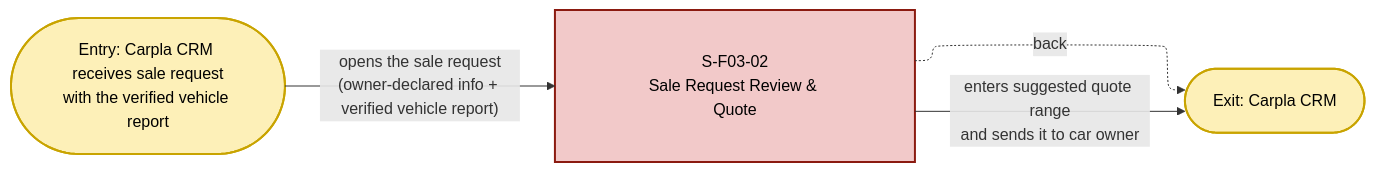
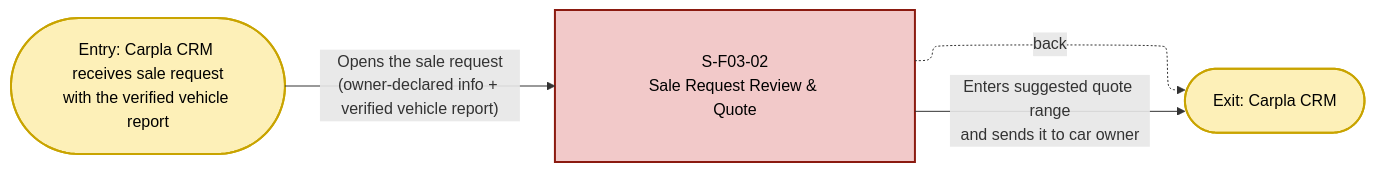
The second of 2 diagrams in Screen/Screen transition.md (giangnhk63db/DBIZ-2_GROUP-A), drawn with Mermaid before and after one commit.

Commit message:
Screen transition.md

````diff
--- a/Screen/Screen transition.md
+++ b/Screen/Screen transition.md
@@ -70,24 +70,24 @@
 ```mermaid  
 ---
 config:
   layout: elk
   flowchart:
     nodeSpacing: 110
     rankSpacing: 220
     padding: 40
 ---
 flowchart LR
   entry_staff(["Entry: Carpla CRM receives sale request<br>with the verified vehicle report"])
   S03_02["S-F03-02<br>Sale Request Review & Quote"]
   exit_staff(["Exit: Carpla CRM"])
 
-  entry_staff -->|"opens the sale request<br>(owner-declared info + verified vehicle report)"| S03_02
-  S03_02 -->|"enters suggested quote range<br>and sends it to car owner"| exit_staff
+  entry_staff -->|"Opens the sale request<br>(owner-declared info + verified vehicle report)"| S03_02
+  S03_02 -->|"Enters suggested quote range<br>and sends it to car owner"| exit_staff
   S03_02 -.->|"back"| exit_staff
 
   classDef screen fill:#f2c9c9,stroke:#8b1a10,stroke-width:2px,color:#000;
   classDef entryNode fill:#fdf0b8,stroke:#c9a400,stroke-width:2px,color:#000;
   class S03_02 screen;
   class entry_staff,exit_staff entryNode;
   
 ```   
````
